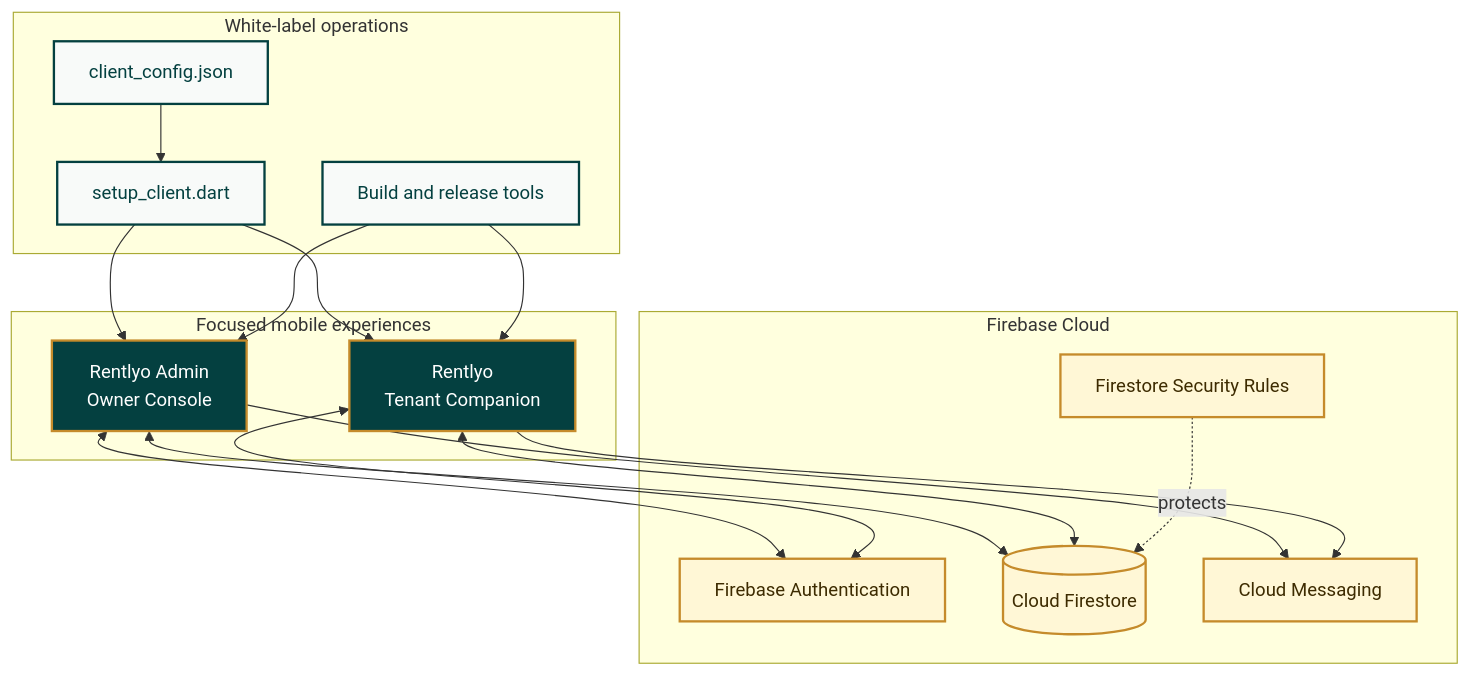
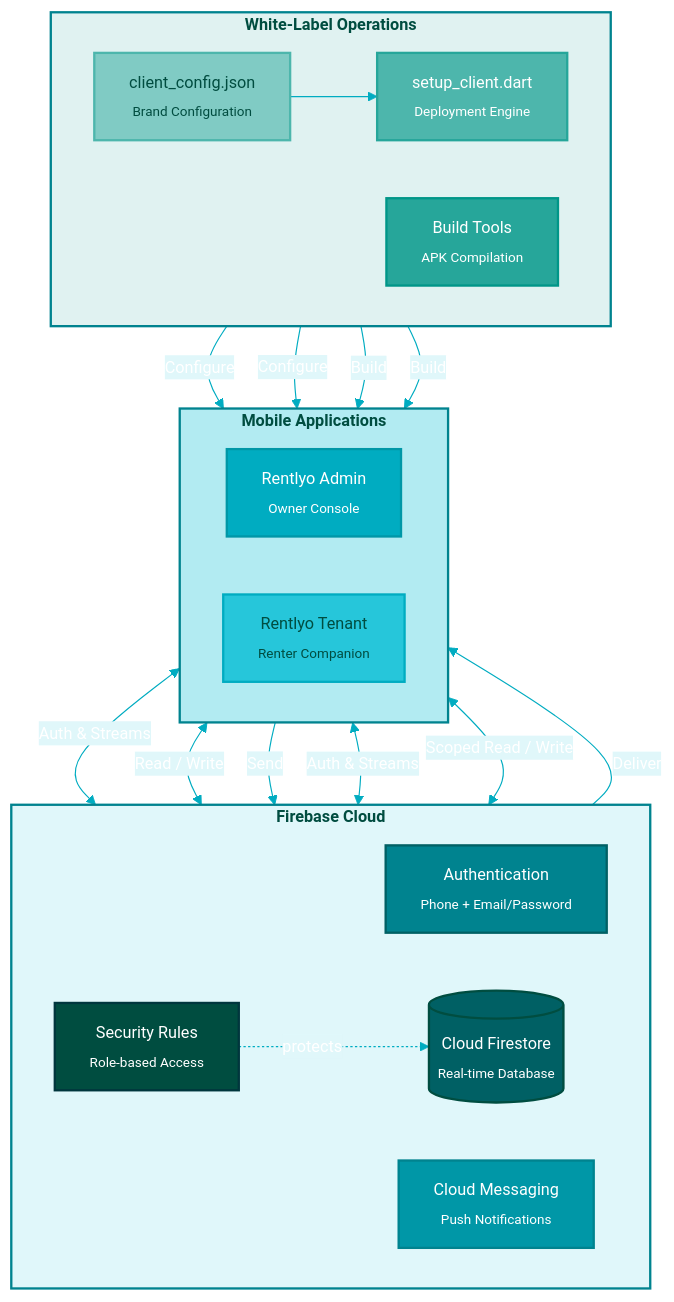
One commit to aryanony/rentlyo changed the third of 10 diagrams in README.md. Above: the diagram before and after it, drawn with Mermaid. The commit also changed other lines of this file and 53 other files, not shown here.

Commit message:
release apk file & gitignore

````diff
--- a/README.md
+++ b/README.md
@@ -214,40 +282,50 @@
 ```mermaid
+%%{init: {'theme': 'base', 'themeVariables': {'primaryColor': '#00838F', 'primaryTextColor': '#FFFFFF', 'primaryBorderColor': '#006064', 'lineColor': '#00ACC1', 'secondaryColor': '#E0F7FA', 'tertiaryColor': '#FFFFFF', 'fontSize': '14px'}}}%%
 flowchart TB
-  subgraph CLOUD[Firebase Cloud]
-    AUTH[Firebase Authentication]
-    DB[(Cloud Firestore)]
-    PUSH[Cloud Messaging]
-    RULES[Firestore Security Rules]
+  subgraph CLOUD["<b>Firebase Cloud</b>"]
+    direction LR
+    AUTH["Authentication<br/><sub>Phone + Email/Password</sub>"]
+    DB[("Cloud Firestore<br/><sub>Real-time Database</sub>")]
+    PUSH["Cloud Messaging<br/><sub>Push Notifications</sub>"]
+    RULES["Security Rules<br/><sub>Role-based Access</sub>"]
   end
 
-  subgraph APPS[Focused mobile experiences]
-    ADMIN[Rentlyo Admin<br/>Owner Console]
-    TENANT[Rentlyo<br/>Tenant Companion]
+  subgraph APPS["<b>Mobile Applications</b>"]
+    direction LR
+    ADMIN["Rentlyo Admin<br/><sub>Owner Console</sub>"]
+    TENANT["Rentlyo Tenant<br/><sub>Renter Companion</sub>"]
   end
 
-  subgraph OPS[White-label operations]
-    CONFIG[client_config.json]
-    SETUP[setup_client.dart]
-    RELEASE[Build and release tools]
+  subgraph OPS["<b>White-Label Operations</b>"]
+    direction LR
+    CONFIG["client_config.json<br/><sub>Brand Configuration</sub>"]
+    SETUP["setup_client.dart<br/><sub>Deployment Engine</sub>"]
+    RELEASE["Build Tools<br/><sub>APK Compilation</sub>"]
   end
 
-  ADMIN <--> AUTH
-  ADMIN <--> DB
-  ADMIN --> PUSH
-  TENANT <--> AUTH
-  TENANT <--> DB
-  TENANT --> PUSH
-  RULES -. protects .-> DB
+  ADMIN <-->|"Auth & Streams"| AUTH
+  ADMIN <-->|"Read / Write"| DB
+  ADMIN -->|"Send"| PUSH
+  TENANT <-->|"Auth & Streams"| AUTH
+  TENANT <-->|"Scoped Read / Write"| DB
+  PUSH -->|"Deliver"| TENANT
+  RULES -. "protects" .-> DB
   CONFIG --> SETUP
-  SETUP --> ADMIN
-  SETUP --> TENANT
-  RELEASE --> ADMIN
-  RELEASE --> TENANT
+  SETUP -->|"Configure"| ADMIN
+  SETUP -->|"Configure"| TENANT
+  RELEASE -->|"Build"| ADMIN
+  RELEASE -->|"Build"| TENANT
 
-  classDef cloud fill:#FFF7D6,color:#3D2B00,stroke:#C58B2B,stroke-width:2px;
-  classDef app fill:#044040,color:#ffffff,stroke:#C58B2B,stroke-width:2px;
-  classDef ops fill:#F8FAF9,color:#044040,stroke:#044040,stroke-width:2px;
-  class AUTH,DB,PUSH,RULES cloud;
-  class ADMIN,TENANT app;
-  class CONFIG,SETUP,RELEASE ops;
+  style CLOUD fill:#E0F7FA,color:#004D40,stroke:#00838F,stroke-width:2px
+  style APPS fill:#B2EBF2,color:#004D40,stroke:#00838F,stroke-width:2px
+  style OPS fill:#E0F2F1,color:#004D40,stroke:#00838F,stroke-width:2px
+  style AUTH fill:#00838F,color:#FFFFFF,stroke:#006064,stroke-width:2px
+  style DB fill:#006064,color:#FFFFFF,stroke:#004D40,stroke-width:2px
+  style PUSH fill:#0097A7,color:#FFFFFF,stroke:#00838F,stroke-width:2px
+  style RULES fill:#004D40,color:#FFFFFF,stroke:#00363D,stroke-width:2px
+  style ADMIN fill:#00ACC1,color:#FFFFFF,stroke:#0097A7,stroke-width:2px
+  style TENANT fill:#26C6DA,color:#004D40,stroke:#00ACC1,stroke-width:2px
+  style CONFIG fill:#80CBC4,color:#004D40,stroke:#4DB6AC,stroke-width:2px
+  style SETUP fill:#4DB6AC,color:#FFFFFF,stroke:#26A69A,stroke-width:2px
+  style RELEASE fill:#26A69A,color:#FFFFFF,stroke:#009688,stroke-width:2px
 ```
````
